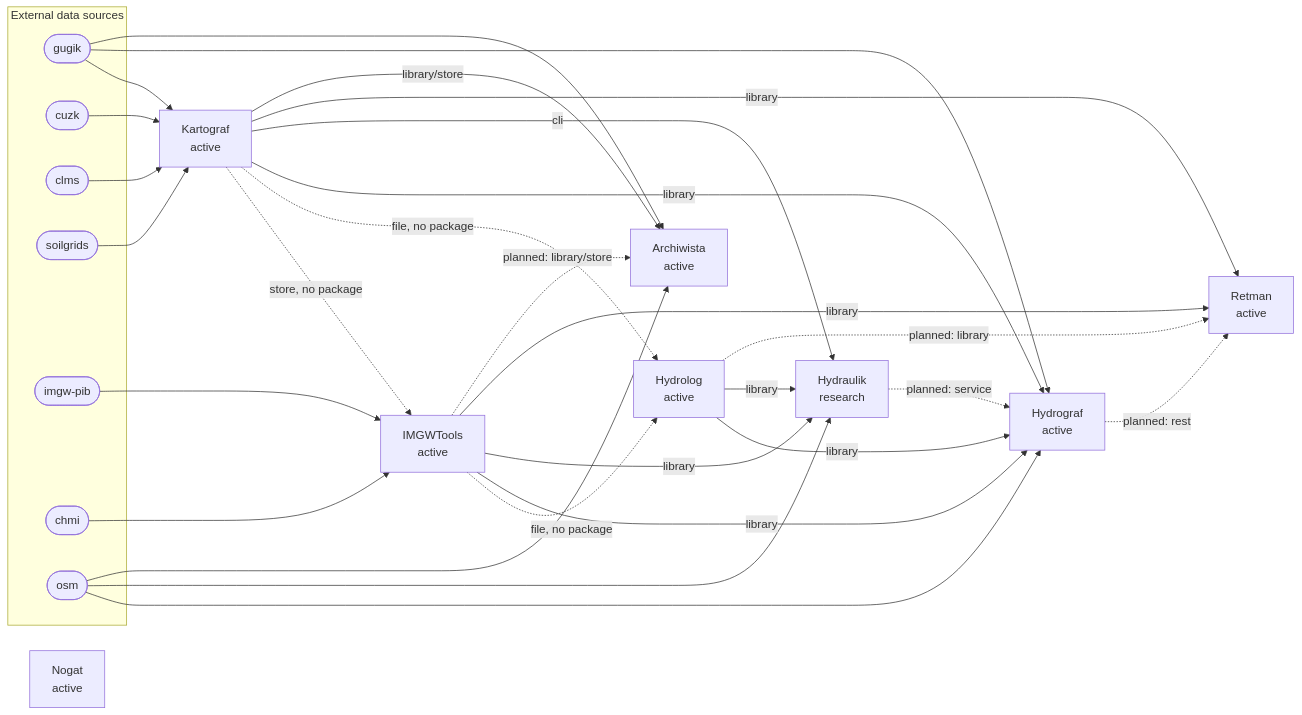
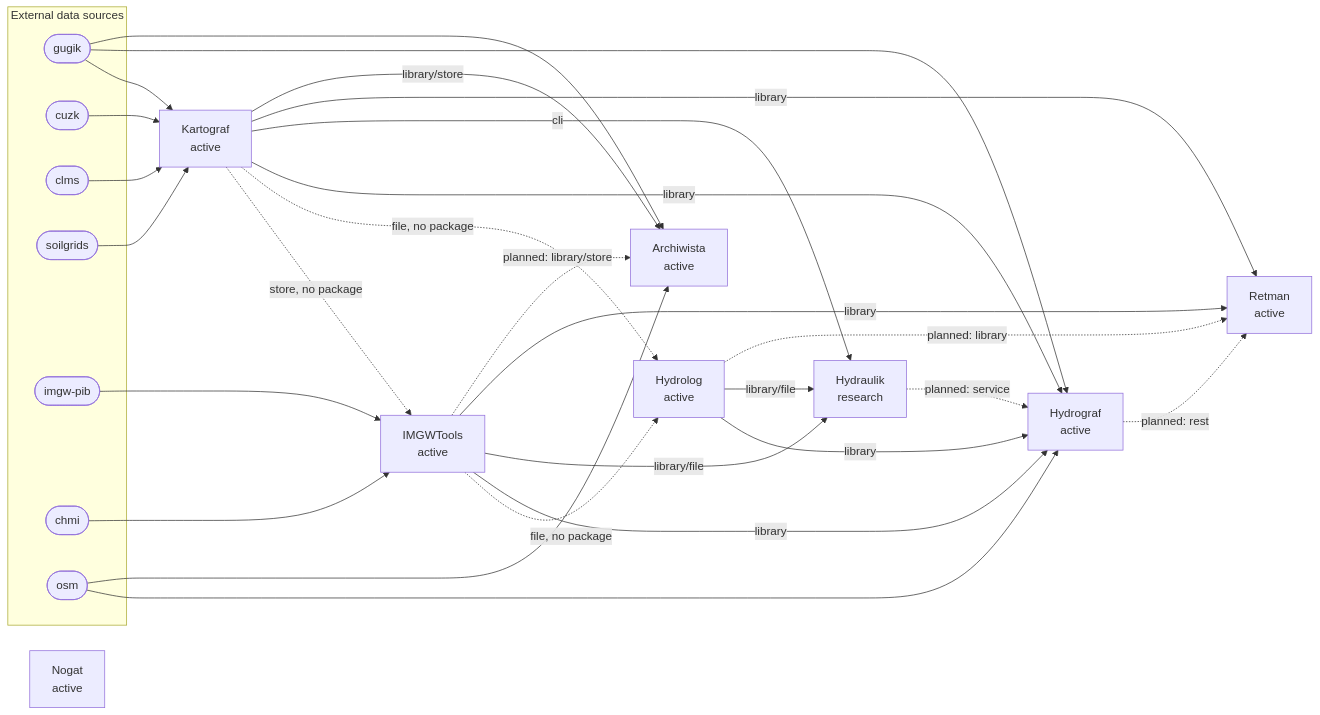
Before and after one commit to Daldek/Nogat: the diagram in docs/ECOSYSTEM_MAP.md, drawn with Mermaid. The commit also changed other lines of this file and 2 other files, not shown here.

First line of the commit message:
docs(registry): give Hydraulik the edges of its feature/sfincs-swmm branch

````diff
--- a/docs/ECOSYSTEM_MAP.md
+++ b/docs/ECOSYSTEM_MAP.md
@@ -15,47 +15,46 @@
 ```mermaid
 flowchart LR
   Nogat["Nogat<br/>active"]
   Kartograf["Kartograf<br/>active"]
   IMGWTools["IMGWTools<br/>active"]
   Hydrolog["Hydrolog<br/>active"]
   Hydrograf["Hydrograf<br/>active"]
   Hydraulik["Hydraulik<br/>research"]
   Retman["Retman<br/>active"]
   Archiwista["Archiwista<br/>active"]
   subgraph external[External data sources]
     src_gugik(["gugik"])
     src_cuzk(["cuzk"])
     src_clms(["clms"])
     src_soilgrids(["soilgrids"])
     src_imgw_pib(["imgw-pib"])
     src_chmi(["chmi"])
     src_osm(["osm"])
   end
   src_gugik --> Kartograf
   src_cuzk --> Kartograf
   src_clms --> Kartograf
   src_soilgrids --> Kartograf
   src_imgw_pib --> IMGWTools
   src_chmi --> IMGWTools
   src_gugik --> Hydrograf
   src_osm --> Hydrograf
-  src_osm --> Hydraulik
   src_gugik --> Archiwista
   src_osm --> Archiwista
   Kartograf -. store, no package .-> IMGWTools
   IMGWTools -. file, no package .-> Hydrolog
   Kartograf -. file, no package .-> Hydrolog
   Kartograf -- library --> Hydrograf
   Hydrolog -- library --> Hydrograf
   IMGWTools -- library --> Hydrograf
   Hydraulik -. planned: service .-> Hydrograf
   Kartograf -- cli --> Hydraulik
-  IMGWTools -- library --> Hydraulik
-  Hydrolog -- library --> Hydraulik
+  IMGWTools -- library/file --> Hydraulik
+  Hydrolog -- library/file --> Hydraulik
   Kartograf -- library --> Retman
   IMGWTools -- library --> Retman
   Hydrolog -. planned: library .-> Retman
   Hydrograf -. planned: rest .-> Retman
   Kartograf -- library/store --> Archiwista
   IMGWTools -. planned: library/store .-> Archiwista
 ```
````
